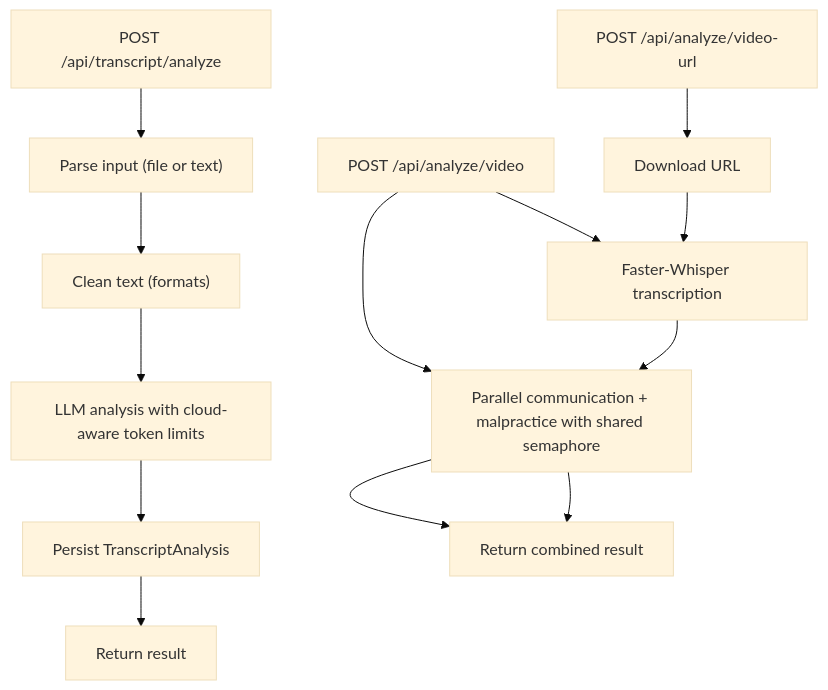
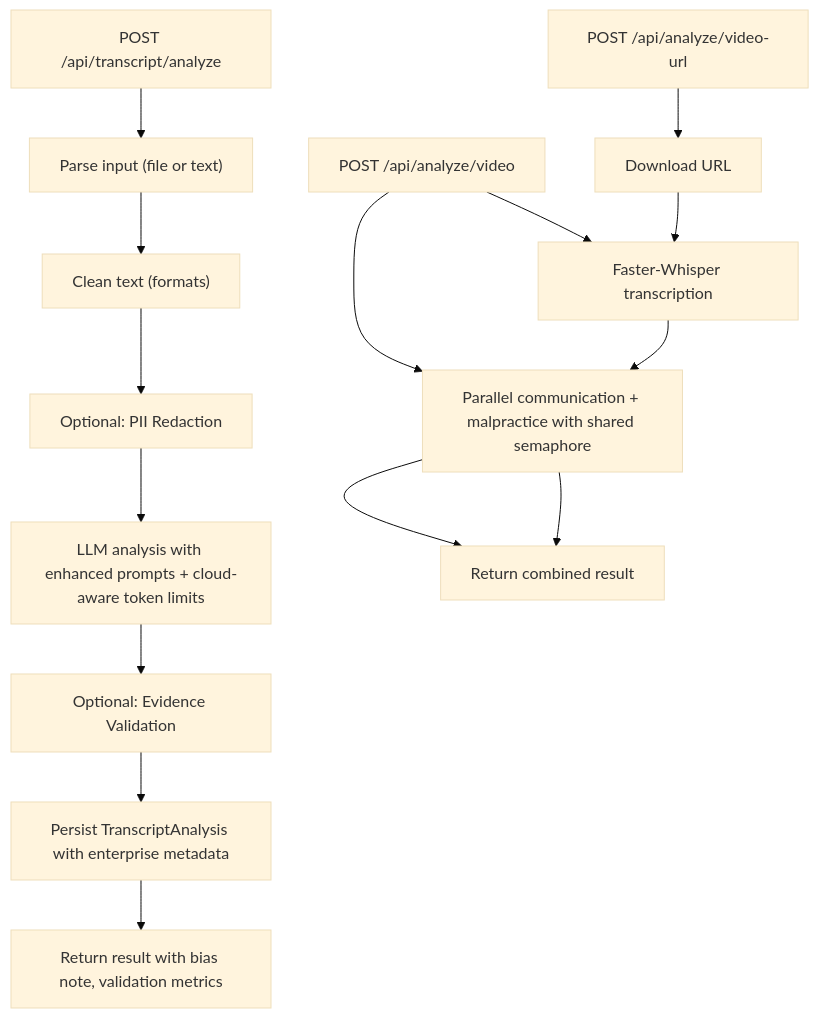
The eighth of 11 diagrams in .qoder/repowiki/en/content/Video Analysis/Transcript Generation.md (Revanththetalogics/aireume), drawn with Mermaid (base theme) before and after one commit. The commit also changed other lines of this file and 20 other files, not shown here.

First line of the commit message:
fix: persist complete report data to analysis_result for Candidates page

````diff
--- a/.qoder/repowiki/en/content/Video Analysis/Transcript Generation.md
+++ b/.qoder/repowiki/en/content/Video Analysis/Transcript Generation.md
@@ -293,15 +438,17 @@
 ```mermaid
 flowchart TD
 A["POST /api/transcript/analyze"] --> P["Parse input (file or text)"]
 P --> C["Clean text (formats)"]
-C --> L["LLM analysis with cloud-aware token limits"]
-L --> S["Persist TranscriptAnalysis"]
-S --> R["Return result"]
+C --> E1["Optional: PII Redaction"]
+E1 --> L["LLM analysis with enhanced prompts + cloud-aware token limits"]
+L --> E2["Optional: Evidence Validation"]
+E2 --> S["Persist TranscriptAnalysis with enterprise metadata"]
+S --> R["Return result with bias note, validation metrics"]
 B["POST /api/analyze/video"] --> T["Faster-Whisper transcription"]
 B --> Q["Parallel communication + malpractice with shared semaphore"]
 Q --> R2["Return combined result"]
 U["POST /api/analyze/video-url"] --> D["Download URL"]
 D --> T
 T --> Q
 Q --> R2
 ```
````
